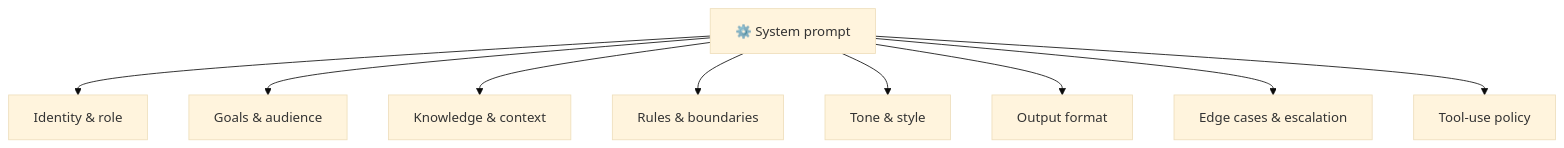
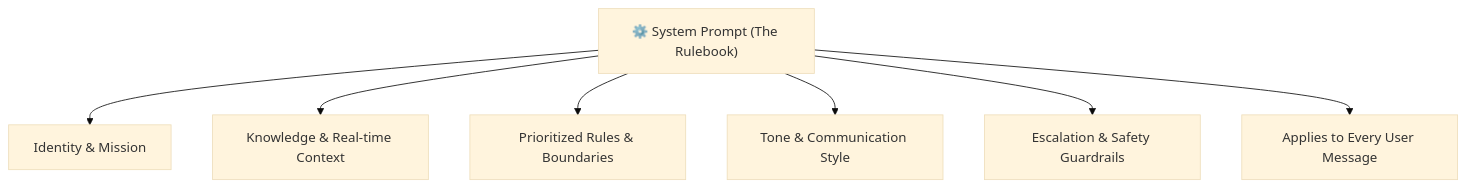
One commit to ABVicky/Prompt-Engineering-by-Vicky changed the first of 2 diagrams in modules/07-system-prompts-and-conversation.md. Above: the diagram before and after it, drawn with Mermaid (base theme). The commit also changed other lines of this file and 19 other files, not shown here.

````diff
--- a/modules/07-system-prompts-and-conversation.md
+++ b/modules/07-system-prompts-and-conversation.md
@@ -18,11 +38,9 @@
 ```mermaid
 flowchart TB
-    SP["⚙️ System prompt"] --> I["Identity & role"]
-    SP --> G["Goals & audience"]
-    SP --> K["Knowledge & context"]
-    SP --> R["Rules & boundaries"]
-    SP --> T["Tone & style"]
-    SP --> F["Output format"]
-    SP --> E["Edge cases & escalation"]
-    SP --> TL["Tool-use policy"]
+    SP["⚙️ System Prompt (The Rulebook)"] --> I["Identity & Mission"]
+    SP --> K["Knowledge & Real-time Context"]
+    SP --> R["Prioritized Rules & Boundaries"]
+    SP --> T["Tone & Communication Style"]
+    SP --> E["Escalation & Safety Guardrails"]
+    SP --> U["Applies to Every User Message"]
 ```
````
